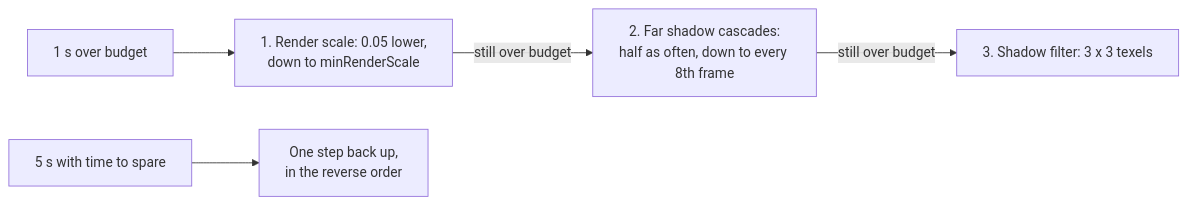
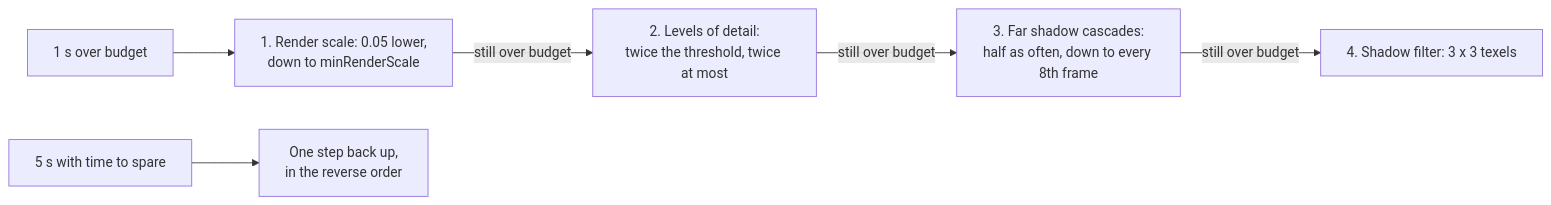
One commit to null3d-engine/null3d changed the fourth of 4 diagrams in docs/concepts/quality-presets.md. Above: the diagram before and after it, drawn with Mermaid. The commit also changed other lines of this file and 64 other files, not shown here.

First line of the commit message:
feat(engine): levels of detail picked by screen error on both GPU paths

````diff
--- a/docs/concepts/quality-presets.md
+++ b/docs/concepts/quality-presets.md
@@ -266,7 +266,8 @@
 ```mermaid
 flowchart LR
     over["1 s over budget"] --> scale["1. Render scale: 0.05 lower,<br/>down to minRenderScale"]
-    scale -- "still over budget" --> far["2. Far shadow cascades:<br/>half as often, down to every 8th frame"]
-    far -- "still over budget" --> filter["3. Shadow filter: 3 x 3 texels"]
+    scale -- "still over budget" --> detail["2. Levels of detail:<br/>twice the threshold, twice at most"]
+    detail -- "still over budget" --> far["3. Far shadow cascades:<br/>half as often, down to every 8th frame"]
+    far -- "still over budget" --> filter["4. Shadow filter: 3 x 3 texels"]
     room["5 s with time to spare"] --> back["One step back up,<br/>in the reverse order"]
 ```
````
